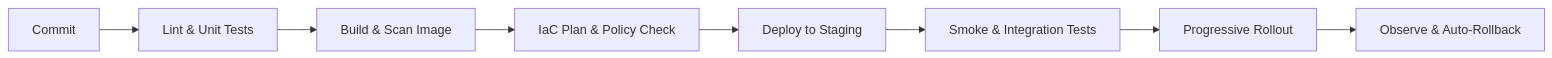
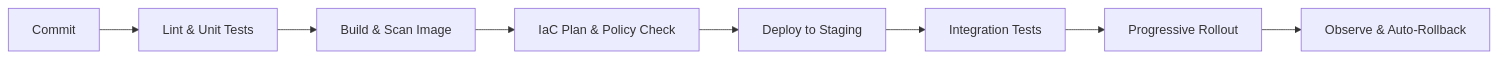
The diagram in README.md (Sandeep-2929/Sandeep-2929), drawn with Mermaid before and after one commit. The commit also changed other lines of this file, not shown here.

````diff
--- a/README.md
+++ b/README.md
@@ -39,10 +57,10 @@
 ```mermaid
 flowchart LR
     A[Commit] --> B[Lint & Unit Tests]
     B --> C[Build & Scan Image]
     C --> D[IaC Plan & Policy Check]
     D --> E[Deploy to Staging]
-    E --> F[Smoke & Integration Tests]
+    E --> F[Integration Tests]
     F --> G[Progressive Rollout]
     G --> H[Observe & Auto-Rollback]
 ```
````
